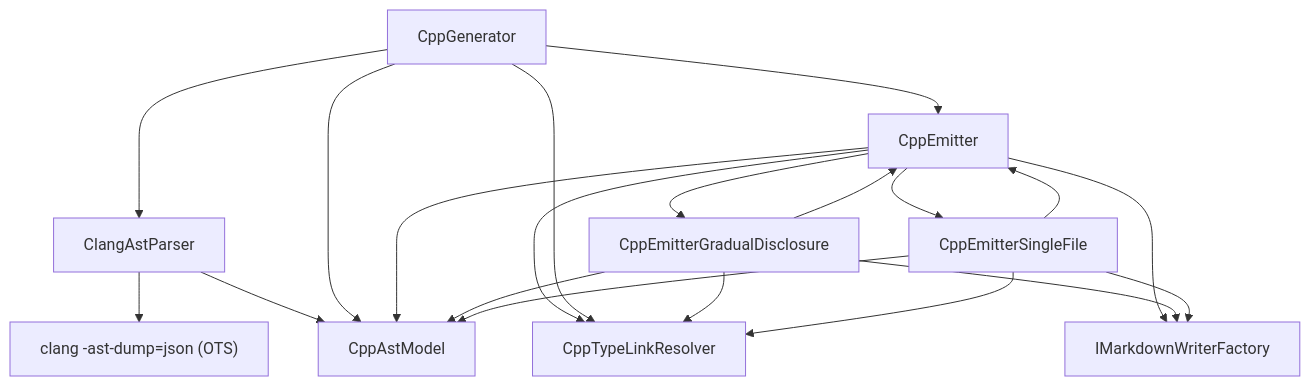
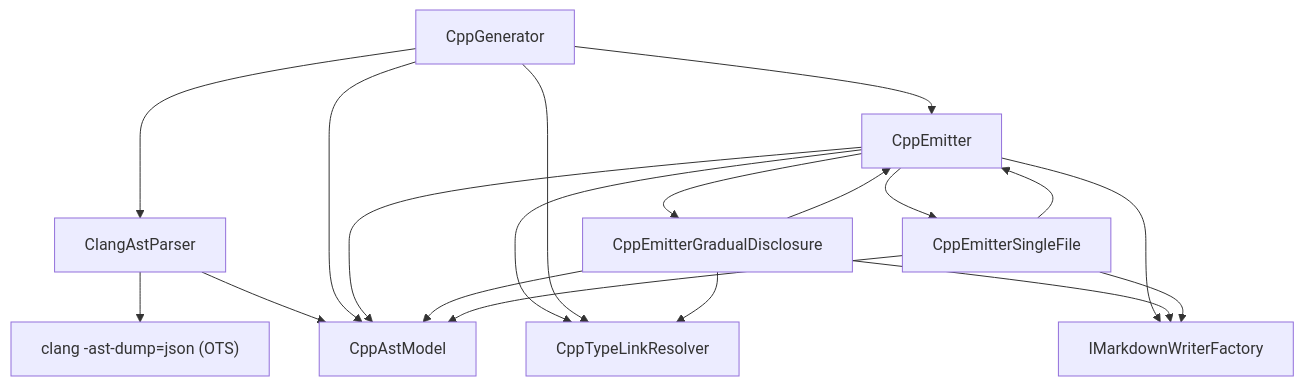
Before and after one commit to demaconsulting/ApiMark: the diagram in docs/design/api-mark-cpp.md, drawn with Mermaid. The commit also changed 6 other files, not shown here.

````diff
--- a/docs/design/api-mark-cpp.md
+++ b/docs/design/api-mark-cpp.md
@@ -25,22 +25,21 @@
 ```mermaid
 flowchart TD
     CppGenerator --> ClangAstParser
     ClangAstParser --> clang["clang -ast-dump=json (OTS)"]
     ClangAstParser --> CppAstModel
     CppGenerator --> CppAstModel
     CppGenerator --> CppEmitter
     CppEmitter --> CppEmitterGradualDisclosure
     CppEmitter --> CppEmitterSingleFile
     CppEmitterGradualDisclosure --> CppEmitter
     CppEmitterSingleFile --> CppEmitter
     CppEmitter --> CppTypeLinkResolver
     CppEmitter --> IMarkdownWriterFactory
     CppGenerator --> CppTypeLinkResolver
     CppEmitter --> CppAstModel
     CppEmitterGradualDisclosure --> CppAstModel
     CppEmitterSingleFile --> CppAstModel
     CppEmitterGradualDisclosure --> CppTypeLinkResolver
-    CppEmitterSingleFile --> CppTypeLinkResolver
     CppEmitterGradualDisclosure --> IMarkdownWriterFactory
     CppEmitterSingleFile --> IMarkdownWriterFactory
 ```
````
